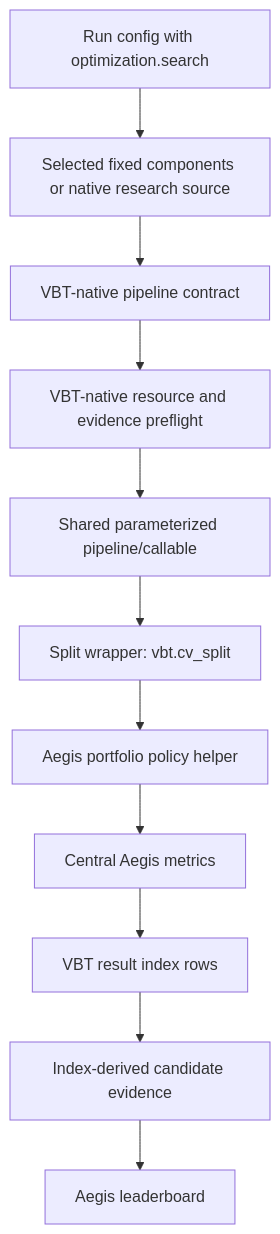
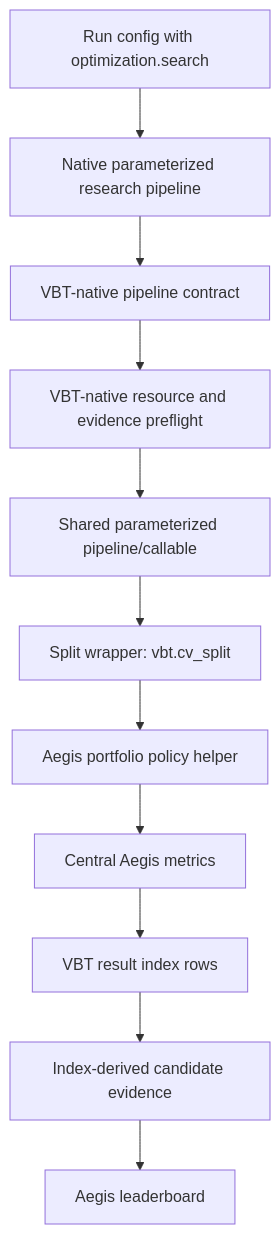
Before and after one commit to madebymlai/aegis: the diagram in docs/plans/2026-05-21-003-feat-vbt-native-optimization-runner-plan.md, drawn with Mermaid. The commit also changed other lines of this file and 1 other file, not shown here.

First line of the commit message:
docs(research): plan component candidate promotion

````diff
--- a/docs/plans/2026-05-21-003-feat-vbt-native-optimization-runner-plan.md
+++ b/docs/plans/2026-05-21-003-feat-vbt-native-optimization-runner-plan.md
@@ -184,25 +184,25 @@
 ```mermaid
 flowchart TB
     Config[Run config with optimization.search]
-    Sources[Selected fixed components or native research source]
+    Sources[Native parameterized research pipeline]
     Contract[VBT-native pipeline contract]
     Preflight[VBT-native resource and evidence preflight]
     Pipeline[Shared parameterized pipeline/callable]
     CV[Split wrapper: vbt.cv_split]
     Portfolio[Aegis portfolio policy helper]
     Metrics[Central Aegis metrics]
     Index[VBT result index rows]
     Evidence[Index-derived candidate evidence]
     Leaderboard[Aegis leaderboard]
 
     Config --> Sources
     Sources --> Contract
     Contract --> Preflight
     Preflight --> Pipeline
     Pipeline --> CV
     CV --> Portfolio
     Portfolio --> Metrics
     Metrics --> Index
     Index --> Evidence
     Evidence --> Leaderboard
 ```
````
